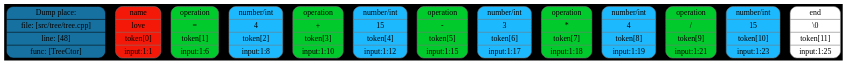
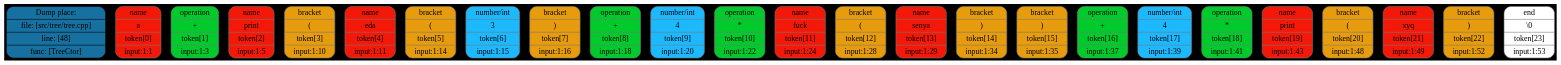
Before and after one commit to Maksim-Sebelev/Language: the diagram in FrontEnd/dot/tokens/dot/tokens1.dot, drawn with Graphviz. The commit also changed 40 other files, not shown here.

```diff
--- a/FrontEnd/dot/tokens/dot/tokens1.dot
+++ b/FrontEnd/dot/tokens/dot/tokens1.dot
@@ -1,18 +1,30 @@
 digraph G{
 rankdir=TB
 graph [bgcolor="#000000"];
 size = "100 5"
 place[shape=Mrecord, style=filled, fillcolor="#1771a0", pos="0,1!",label = " { Dump place: | file: [src/tree/tree.cpp] | line: [48] | func: [TreeCtor] } "color = "#000000"];
-token0[shape=Mrecord, style=filled, fillcolor="#f31807",label = " { name | love |  token[0] |  input:1:1 } ", color = "#777777"];
-token1[shape=Mrecord, style=filled, fillcolor="#00ca2c",label = " { operation | \= |  token[1] |  input:1:6 } ", color = "#777777"];
-token2[shape=Mrecord, style=filled, fillcolor="#1cb9ff",label = " { number/int | 4 |  token[2] |  input:1:8 } ", color = "#777777"];
-token3[shape=Mrecord, style=filled, fillcolor="#00ca2c",label = " { operation | \+ |  token[3] |  input:1:10 } ", color = "#777777"];
-token4[shape=Mrecord, style=filled, fillcolor="#1cb9ff",label = " { number/int | 15 |  token[4] |  input:1:12 } ", color = "#777777"];
-token5[shape=Mrecord, style=filled, fillcolor="#00ca2c",label = " { operation | \- |  token[5] |  input:1:15 } ", color = "#777777"];
-token6[shape=Mrecord, style=filled, fillcolor="#1cb9ff",label = " { number/int | 3 |  token[6] |  input:1:17 } ", color = "#777777"];
-token7[shape=Mrecord, style=filled, fillcolor="#00ca2c",label = " { operation | \* |  token[7] |  input:1:18 } ", color = "#777777"];
-token8[shape=Mrecord, style=filled, fillcolor="#1cb9ff",label = " { number/int | 4 |  token[8] |  input:1:19 } ", color = "#777777"];
-token9[shape=Mrecord, style=filled, fillcolor="#00ca2c",label = " { operation | \/ |  token[9] |  input:1:21 } ", color = "#777777"];
-token10[shape=Mrecord, style=filled, fillcolor="#1cb9ff",label = " { number/int | 15 |  token[10] |  input:1:23 } ", color = "#777777"];
-token11[shape=Mrecord, style=filled, fillcolor="#ffffff",label = " { end | \\0 |  token[11] |  input:1:25 } ", color = "#777777"];
+token0[shape=Mrecord, style=filled, fillcolor="#f31807",label = " { name | a |  token[0] |  input:1:1 } ", color = "#777777"];
+token1[shape=Mrecord, style=filled, fillcolor="#00ca2c",label = " { operation | \+ |  token[1] |  input:1:3 } ", color = "#777777"];
+token2[shape=Mrecord, style=filled, fillcolor="#f31807",label = " { name | print |  token[2] |  input:1:5 } ", color = "#777777"];
+token3[shape=Mrecord, style=filled, fillcolor="#e69c0c",label = " { bracket | \( |  token[3] |  input:1:10 } ", color = "#777777"];
+token4[shape=Mrecord, style=filled, fillcolor="#f31807",label = " { name | eda |  token[4] |  input:1:11 } ", color = "#777777"];
+token5[shape=Mrecord, style=filled, fillcolor="#e69c0c",label = " { bracket | \( |  token[5] |  input:1:14 } ", color = "#777777"];
+token6[shape=Mrecord, style=filled, fillcolor="#1cb9ff",label = " { number/int | 3 |  token[6] |  input:1:15 } ", color = "#777777"];
+token7[shape=Mrecord, style=filled, fillcolor="#e69c0c",label = " { bracket | \) |  token[7] |  input:1:16 } ", color = "#777777"];
+token8[shape=Mrecord, style=filled, fillcolor="#00ca2c",label = " { operation | \+ |  token[8] |  input:1:18 } ", color = "#777777"];
+token9[shape=Mrecord, style=filled, fillcolor="#1cb9ff",label = " { number/int | 4 |  token[9] |  input:1:20 } ", color = "#777777"];
+token10[shape=Mrecord, style=filled, fillcolor="#00ca2c",label = " { operation | \* |  token[10] |  input:1:22 } ", color = "#777777"];
+token11[shape=Mrecord, style=filled, fillcolor="#f31807",label = " { name | fuck |  token[11] |  input:1:24 } ", color = "#777777"];
+token12[shape=Mrecord, style=filled, fillcolor="#e69c0c",label = " { bracket | \( |  token[12] |  input:1:28 } ", color = "#777777"];
+token13[shape=Mrecord, style=filled, fillcolor="#f31807",label = " { name | senya |  token[13] |  input:1:29 } ", color = "#777777"];
+token14[shape=Mrecord, style=filled, fillcolor="#e69c0c",label = " { bracket | \) |  token[14] |  input:1:34 } ", color = "#777777"];
+token15[shape=Mrecord, style=filled, fillcolor="#e69c0c",label = " { bracket | \) |  token[15] |  input:1:35 } ", color = "#777777"];
+token16[shape=Mrecord, style=filled, fillcolor="#00ca2c",label = " { operation | \+ |  token[16] |  input:1:37 } ", color = "#777777"];
+token17[shape=Mrecord, style=filled, fillcolor="#1cb9ff",label = " { number/int | 4 |  token[17] |  input:1:39 } ", color = "#777777"];
+token18[shape=Mrecord, style=filled, fillcolor="#00ca2c",label = " { operation | \* |  token[18] |  input:1:41 } ", color = "#777777"];
+token19[shape=Mrecord, style=filled, fillcolor="#f31807",label = " { name | print |  token[19] |  input:1:43 } ", color = "#777777"];
+token20[shape=Mrecord, style=filled, fillcolor="#e69c0c",label = " { bracket | \( |  token[20] |  input:1:48 } ", color = "#777777"];
+token21[shape=Mrecord, style=filled, fillcolor="#f31807",label = " { name | xyq |  token[21] |  input:1:49 } ", color = "#777777"];
+token22[shape=Mrecord, style=filled, fillcolor="#e69c0c",label = " { bracket | \) |  token[22] |  input:1:52 } ", color = "#777777"];
+token23[shape=Mrecord, style=filled, fillcolor="#ffffff",label = " { end | \\0 |  token[23] |  input:1:53 } ", color = "#777777"];
 }
```
